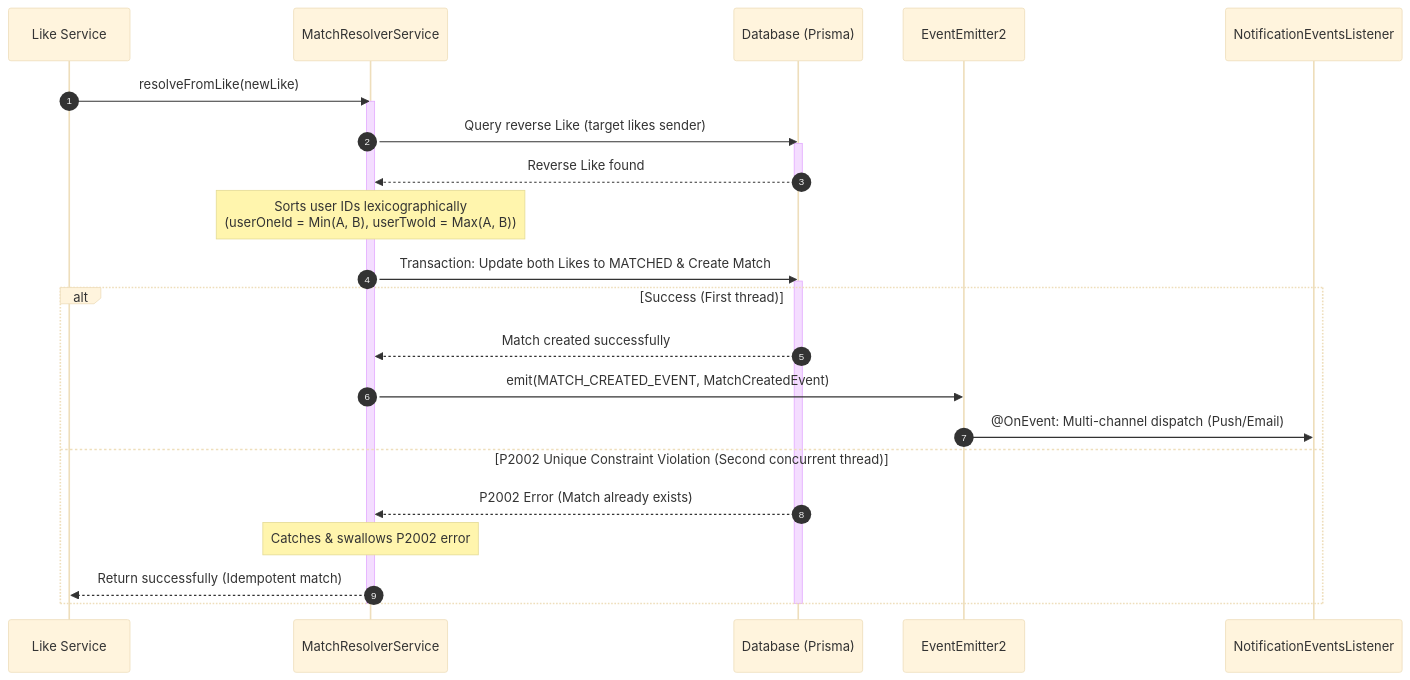
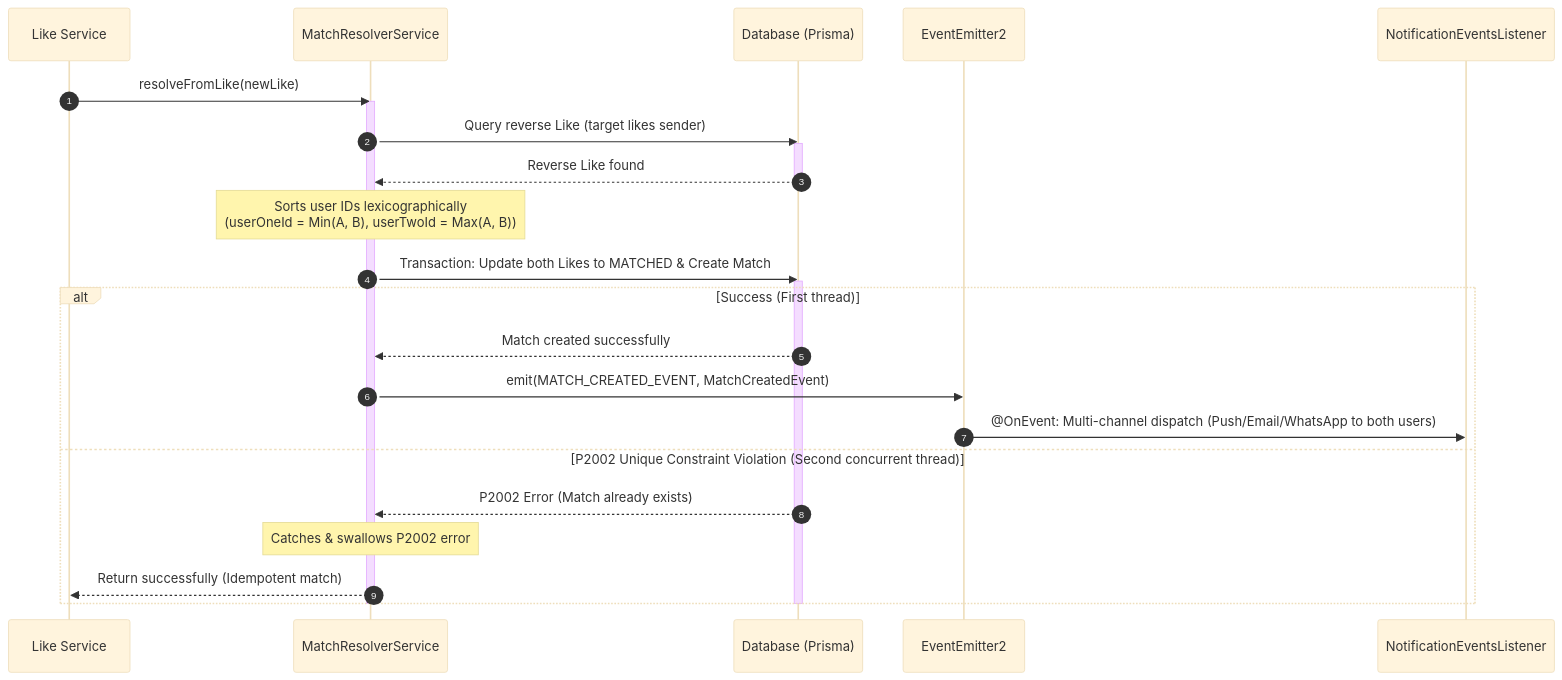
Before and after one commit to SaveSoulApp/Breathaway-Backend: the diagram in docs-site/docs/modules/match-resolver.md, drawn with Mermaid (base theme). The commit also changed 28 other files, not shown here.

First line of the commit message:
[Feature] WhatsApp integration (#101)

````diff
--- a/docs-site/docs/modules/match-resolver.md
+++ b/docs-site/docs/modules/match-resolver.md
@@ -48,32 +48,32 @@
 ```mermaid
 sequenceDiagram
     autonumber
     participant App as Like Service
     participant Resolver as MatchResolverService
     participant DB as Database (Prisma)
     participant Events as EventEmitter2
     participant Listener as NotificationEventsListener
 
     App ->> Resolver: resolveFromLike(newLike)
     activate Resolver
     Resolver ->> DB: Query reverse Like (target likes sender)
     activate DB
     DB -->> Resolver: Reverse Like found
     deactivate DB
 
     Note over Resolver: Sorts user IDs lexicographically<br/>(userOneId = Min(A, B), userTwoId = Max(A, B))
 
     Resolver ->> DB: Transaction: Update both Likes to MATCHED & Create Match
     activate DB
     alt Success (First thread)
         DB -->> Resolver: Match created successfully
         Resolver ->> Events: emit(MATCH_CREATED_EVENT, MatchCreatedEvent)
-        Events ->> Listener: @OnEvent: Multi-channel dispatch (Push/Email)
+        Events ->> Listener: @OnEvent: Multi-channel dispatch (Push/Email/WhatsApp to both users)
     else P2002 Unique Constraint Violation (Second concurrent thread)
         DB -->> Resolver: P2002 Error (Match already exists)
         Note over Resolver: Catches & swallows P2002 error
         Resolver -->> App: Return successfully (Idempotent match)
     end
     deactivate DB
     deactivate Resolver
 ```
````
